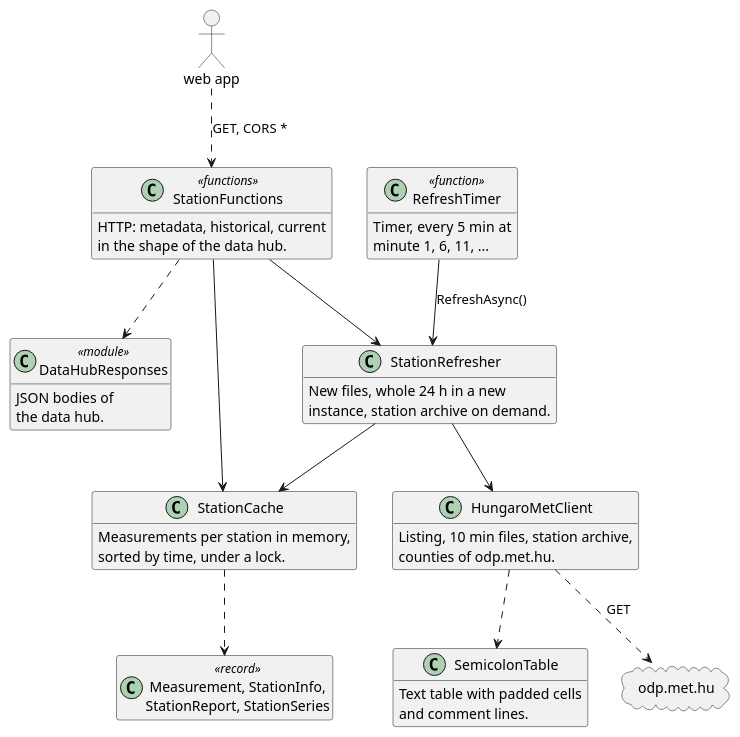
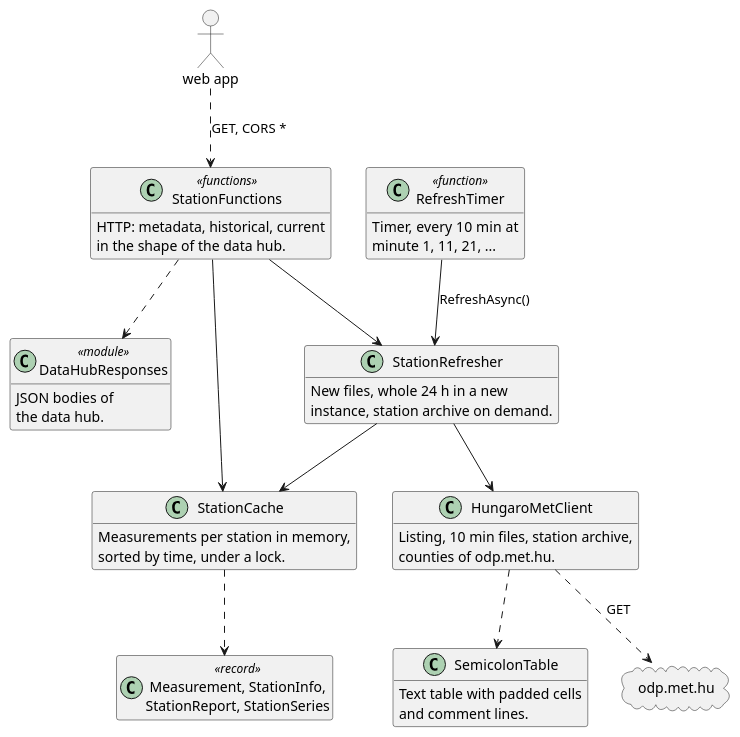
Before and after one commit to schletz/wetterkartenviewer: the diagram in REFERENCE.api.md, drawn with PlantUML. The commit also changed other lines of this file and 2 other files, not shown here.

Commit message:
Refresh the station function every 10 minutes [skip ci]
HungaroMet writes a new file every 10 minutes, so a shorter period only
reads the directory listing more often.

````diff
--- a/REFERENCE.api.md
+++ b/REFERENCE.api.md
@@ -21,47 +21,47 @@
 ```plantuml
 @startuml station_proxy
 allowmixing
 hide empty members
 class StationFunctions <<functions>> {
  HTTP: metadata, historical, current
  in the shape of the data hub.
 }
 class RefreshTimer <<function>> {
- Timer, every 5 min at
- minute 1, 6, 11, ...
+ Timer, every 10 min at
+ minute 1, 11, 21, ...
 }
 class DataHubResponses <<module>> {
  JSON bodies of
  the data hub.
 }
 class StationRefresher {
  New files, whole 24 h in a new
  instance, station archive on demand.
 }
 class StationCache {
  Measurements per station in memory,
  sorted by time, under a lock.
 }
 class HungaroMetClient {
  Listing, 10 min files, station archive,
  counties of odp.met.hu.
 }
 class SemicolonTable {
  Text table with padded cells
  and comment lines.
 }
 class "Measurement, StationInfo,\nStationReport, StationSeries" as records <<record>>
 cloud "odp.met.hu" as odp
 actor "web app" as app
 app ..> StationFunctions : GET, CORS *
 StationFunctions --> StationCache
 StationFunctions --> StationRefresher
 StationFunctions ..> DataHubResponses
 RefreshTimer --> StationRefresher : RefreshAsync()
 StationRefresher --> HungaroMetClient
 StationRefresher --> StationCache
 HungaroMetClient ..> SemicolonTable
 HungaroMetClient ..> odp : GET
 StationCache ..> records
 @enduml
 ```
````
